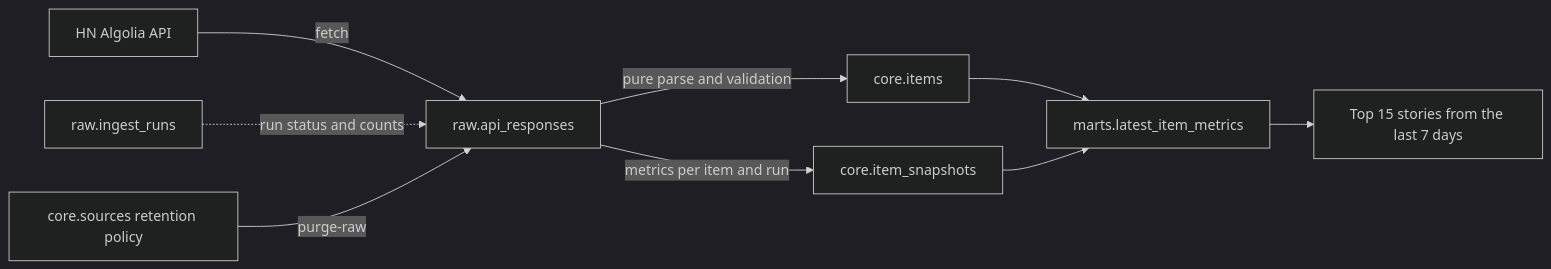
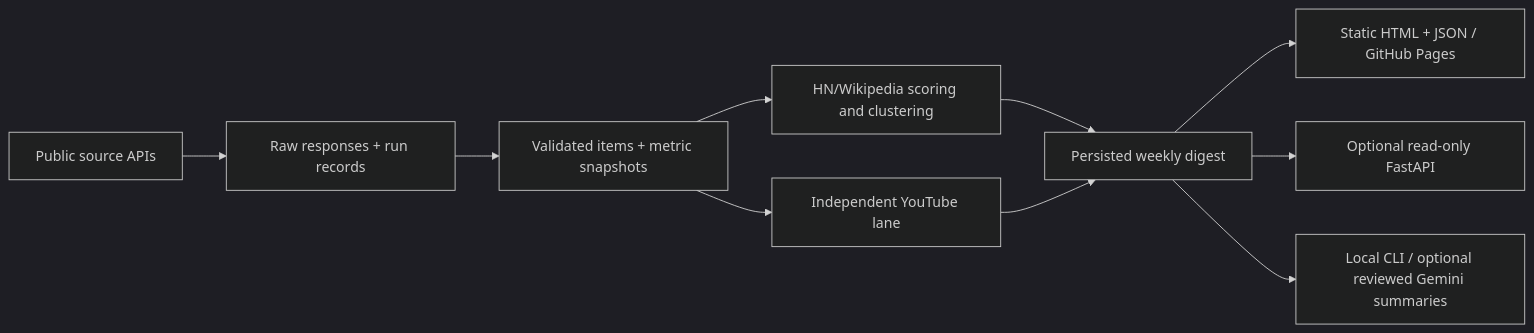
The diagram in README.md (sheralimfbads/offscroll), drawn with Mermaid (dark theme) before and after one commit. The commit also changed other lines of this file and 21 other files, not shown here.

Commit message:
Deliver finite digest pages and filtered database recovery

````diff
--- a/README.md
+++ b/README.md
@@ -184,11 +11,12 @@
 ```mermaid
 flowchart LR
-    HN[HN Algolia API] -->|fetch| Raw[raw.api_responses]
-    Raw -->|pure parse and validation| Items[core.items]
-    Raw -->|metrics per item and run| Snapshots[core.item_snapshots]
-    Items --> Latest[marts.latest_item_metrics]
-    Snapshots --> Latest
-    Latest --> Digest[Top 15 stories from the last 7 days]
-    Runs[raw.ingest_runs] -. run status and counts .-> Raw
-    Retention[core.sources retention policy] -->|purge-raw| Raw
+  APIs[Public source APIs] --> Raw[Raw responses + run records]
+  Raw --> Core[Validated items + metric snapshots]
+  Core --> Rank[HN/Wikipedia scoring and clustering]
+  Core --> YT[Independent YouTube lane]
+  Rank --> Digest[Persisted weekly digest]
+  YT --> Digest
+  Digest --> Site[Static HTML + JSON / GitHub Pages]
+  Digest --> Web[Optional read-only FastAPI]
+  Digest --> Local[Local CLI / optional reviewed Gemini summaries]
 ```
````
